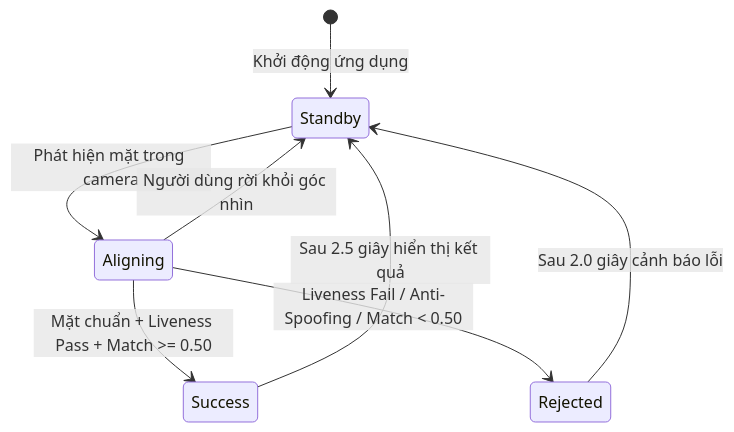
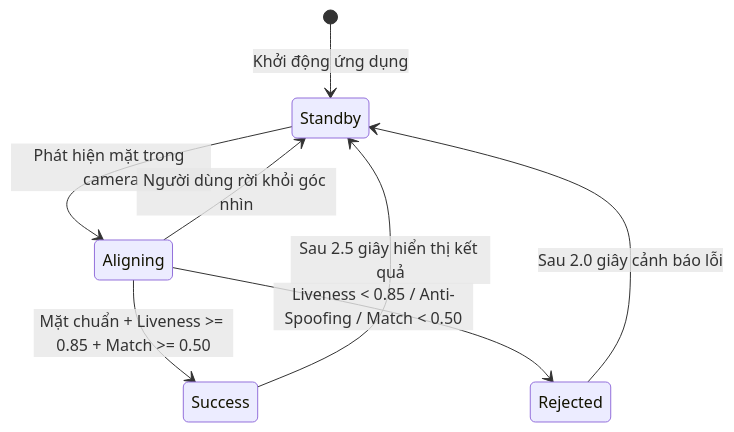
The diagram in docs/subsystem-docs/kiosk-app/srs/ui-ux-specs.md (nvdung250405/face-attendance-system), drawn with Mermaid before and after one commit. The commit also changed other lines of this file and 3 other files, not shown here.

````diff
--- a/docs/subsystem-docs/kiosk-app/srs/ui-ux-specs.md
+++ b/docs/subsystem-docs/kiosk-app/srs/ui-ux-specs.md
@@ -26,10 +26,10 @@
 ```mermaid
 stateDiagram-v2
     [*] --> Standby: Khởi động ứng dụng
     Standby --> Aligning: Phát hiện mặt trong camera
     Aligning --> Standby: Người dùng rời khỏi góc nhìn
-    Aligning --> Success: Mặt chuẩn + Liveness Pass + Match >= 0.50
-    Aligning --> Rejected: Liveness Fail / Anti-Spoofing / Match < 0.50
+    Aligning --> Success: Mặt chuẩn + Liveness >= 0.85 + Match >= 0.50
+    Aligning --> Rejected: Liveness < 0.85 / Anti-Spoofing / Match < 0.50
     Success --> Standby: Sau 2.5 giây hiển thị kết quả
     Rejected --> Standby: Sau 2.0 giây cảnh báo lỗi
 ```
````
